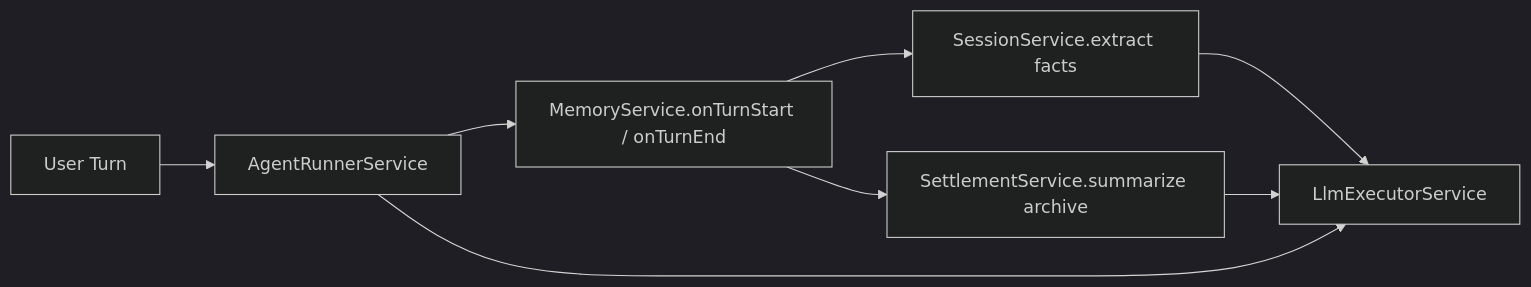
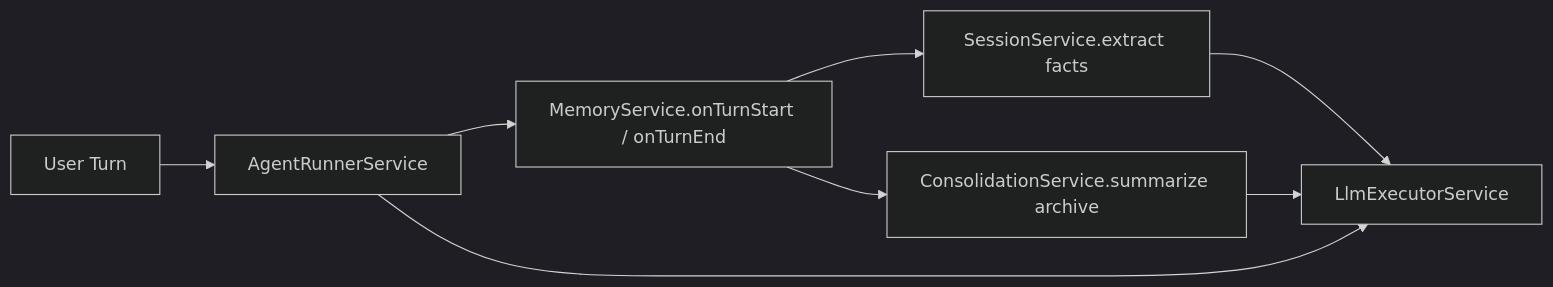
Before and after one commit to huajune/cake-agent-runtime: the second of 3 diagrams in docs/architecture/agent-runtime-architecture.md, drawn with Mermaid (dark theme). The commit also changed other lines of this file and 312 other files, not shown here.

````diff
--- a/docs/architecture/agent-runtime-architecture.md
+++ b/docs/architecture/agent-runtime-architecture.md
@@ -240,10 +240,10 @@
 ```mermaid
 flowchart LR
     U["User Turn"] --> R["AgentRunnerService"]
     R --> M["MemoryService.onTurnStart / onTurnEnd"]
     M --> S["SessionService.extract facts"]
-    M --> T["SettlementService.summarize archive"]
+    M --> T["ConsolidationService.summarize archive"]
     S --> X["LlmExecutorService"]
     T --> X
     R --> X
 ```
````
